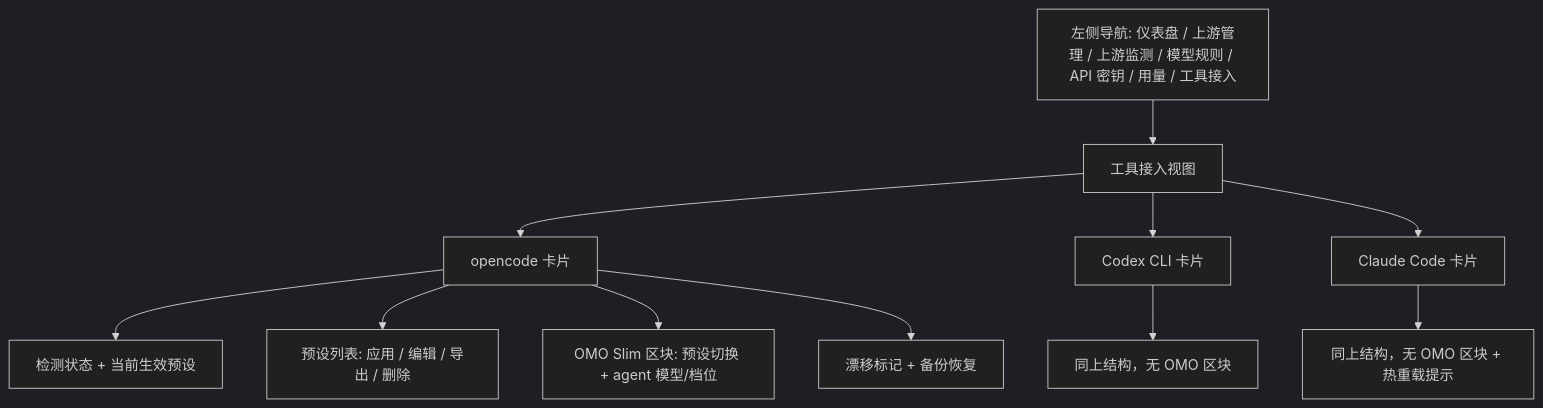
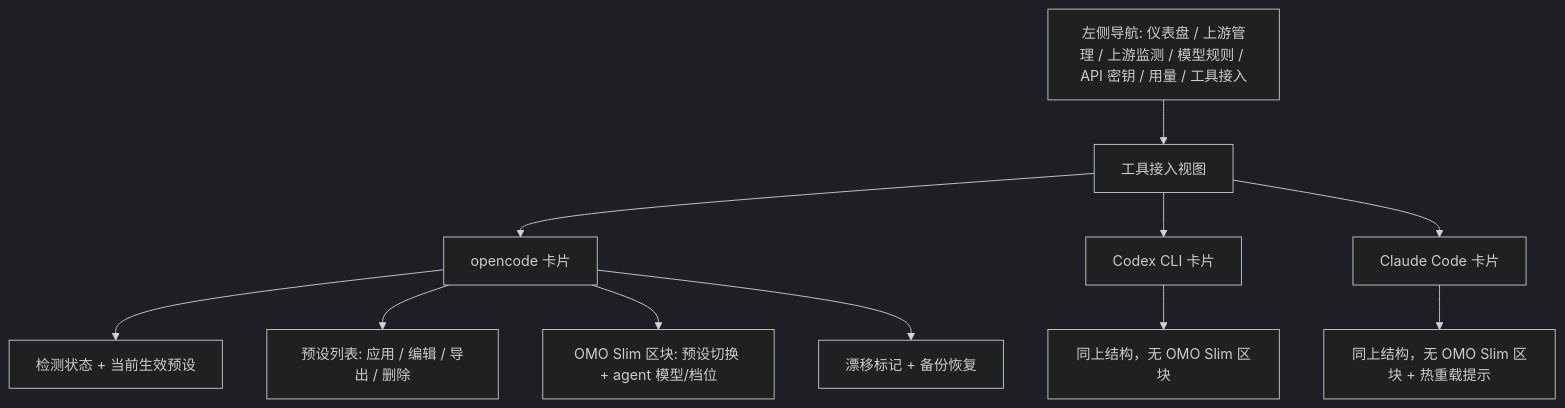
The second of 2 diagrams in docs/plans/2026-07-27-001-feat-tool-access-presets-plan.md (yemao688/autoapi), drawn with Mermaid (dark theme) before and after one commit. The commit also changed other lines of this file and 26 other files, not shown here.

Commit message:
feat: rename OMO to OMO Slim, add preset management and opencode provider workbench

````diff
--- a/docs/plans/2026-07-27-001-feat-tool-access-presets-plan.md
+++ b/docs/plans/2026-07-27-001-feat-tool-access-presets-plan.md
@@ -128,13 +128,13 @@
 ```mermaid
 flowchart TB
   Nav[左侧导航: 仪表盘 / 上游管理 / 上游监测 / 模型规则 / API 密钥 / 用量 / 工具接入] --> View[工具接入视图]
   View --> CardOC[opencode 卡片]
   View --> CardCX[Codex CLI 卡片]
   View --> CardCC[Claude Code 卡片]
   CardOC --> OC1[检测状态 + 当前生效预设]
   CardOC --> OC2[预设列表: 应用 / 编辑 / 导出 / 删除]
   CardOC --> OC3[OMO Slim 区块: 预设切换 + agent 模型/档位]
   CardOC --> OC4[漂移标记 + 备份恢复]
-  CardCX --> CX1[同上结构，无 OMO 区块]
-  CardCC --> CC1[同上结构，无 OMO 区块 + 热重载提示]
+  CardCX --> CX1[同上结构，无 OMO Slim 区块]
+  CardCC --> CC1[同上结构，无 OMO Slim 区块 + 热重载提示]
 ```
````
